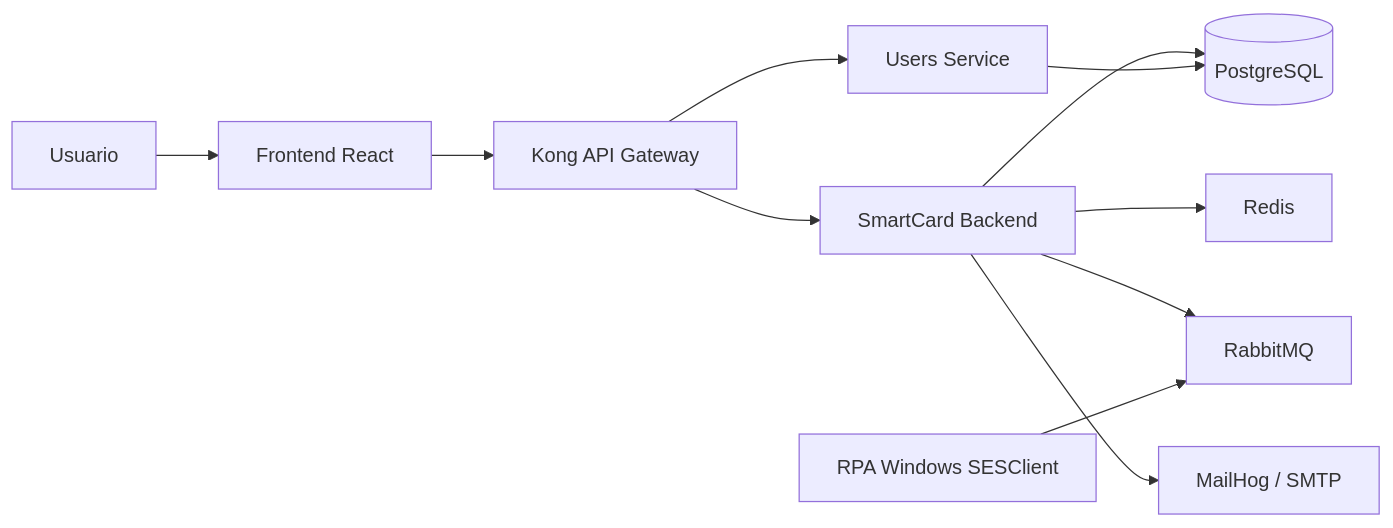
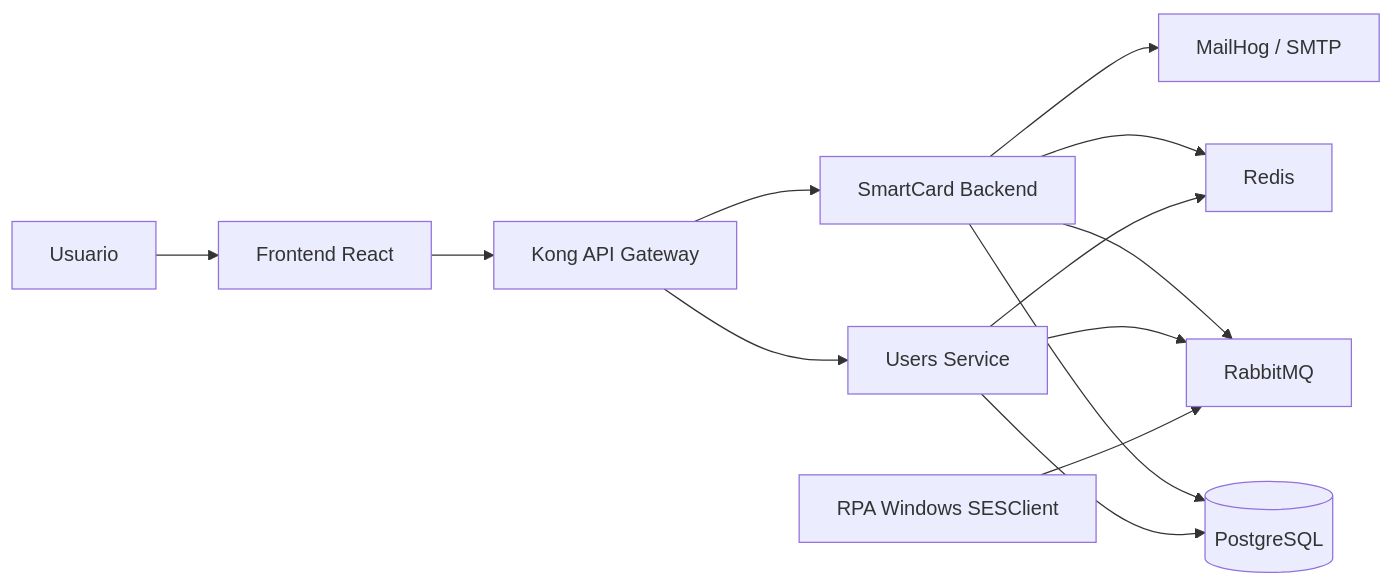
One commit to AnaScassa/Projeto-LabAcess changed the diagram in README.md. Above: the diagram before and after it, drawn with Mermaid.

Commit message:
atualizações

````diff
--- a/README.md
+++ b/README.md
@@ -7,13 +7,16 @@
 ```mermaid
 flowchart LR
 	U[Usuario] --> F[Frontend React]
 	F --> K[Kong API Gateway]
 	K --> S[SmartCard Backend]
 	K --> US[Users Service]
 	S --> DB[(PostgreSQL)]
 	US --> DB
 	S --> R[Redis]
+	US --> R
 	S --> Q[RabbitMQ]
+	US --> Q
+	
 	RPA[RPA Windows SESClient] --> Q
 	S --> M[MailHog / SMTP]
 ```
````
